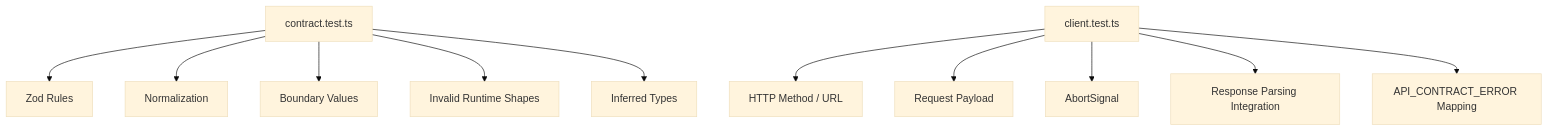
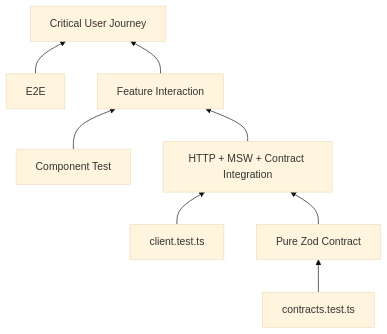
Before and after one commit to thehermitdev/tanstack-router-boilerplate: the sixth of 6 diagrams in docs/details/todos/api-contract-test.md, drawn with Mermaid (base theme). The commit also changed other lines of this file, not shown here.

Commit message:
docs: refine todos API contract testing guide

````diff
--- a/docs/details/todos/api-contract-test.md
+++ b/docs/details/todos/api-contract-test.md
@@ -1626,14 +1639,11 @@
 ```mermaid
-flowchart TD
-    A[contract.test.ts] --> B[Zod Rules]
-    A --> C[Normalization]
-    A --> D[Boundary Values]
-    A --> E[Invalid Runtime Shapes]
-    A --> F[Inferred Types]
+flowchart BT
+    A[contracts.test.ts] --> B[Pure Zod Contract]
+    C[client.test.ts] --> D[HTTP + MSW + Contract Integration]
+    E[Component Test] --> F[Feature Interaction]
+    G[E2E] --> H[Critical User Journey]
 
-    G[client.test.ts] --> H[HTTP Method / URL]
-    G --> I[Request Payload]
-    G --> J[AbortSignal]
-    G --> K[Response Parsing Integration]
-    G --> L[API_CONTRACT_ERROR Mapping]
+    B --> D
+    D --> F
+    F --> H
 ```
````
